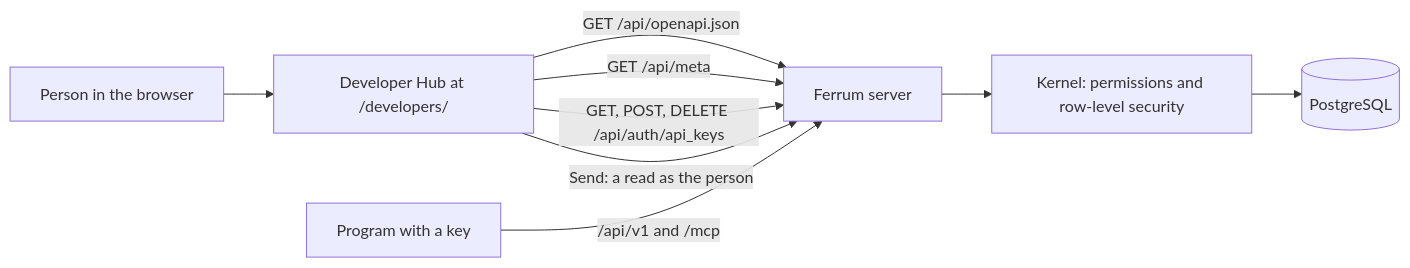
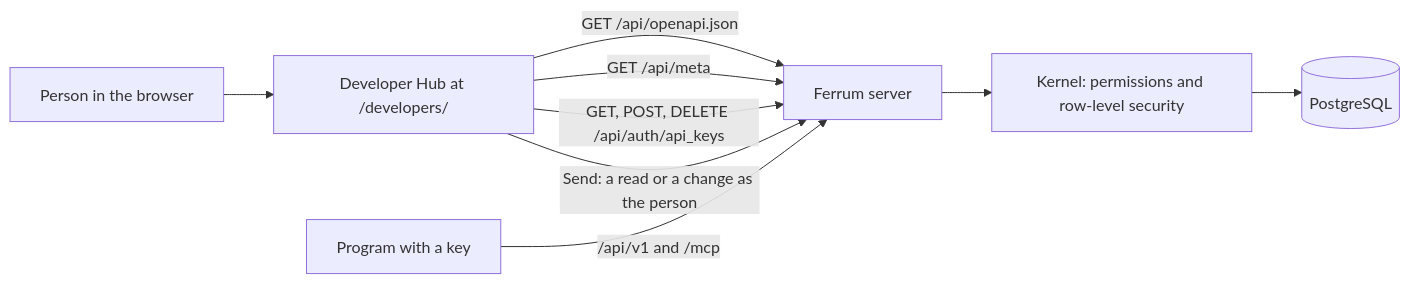
The diagram in README.md (CBFerrum/ferrum-app-developers), drawn with Mermaid before and after one commit. The commit also changed other lines of this file and 18 other files, not shown here.

````diff
--- a/README.md
+++ b/README.md
@@ -132,11 +133,11 @@
 ```mermaid
 flowchart LR
     P["Person in the browser"] --> HUB["Developer Hub at /developers/"]
     HUB -- "GET /api/openapi.json" --> API["Ferrum server"]
     HUB -- "GET /api/meta" --> API
     HUB -- "GET, POST, DELETE /api/auth/api_keys" --> API
-    HUB -- "Send: a read as the person" --> API
+    HUB -- "Send: a read or a change as the person" --> API
     API --> K["Kernel: permissions and row-level security"]
     K --> DB[("PostgreSQL")]
     KEY["Program with a key"] -- "/api/v1 and /mcp" --> API
 ```
````
